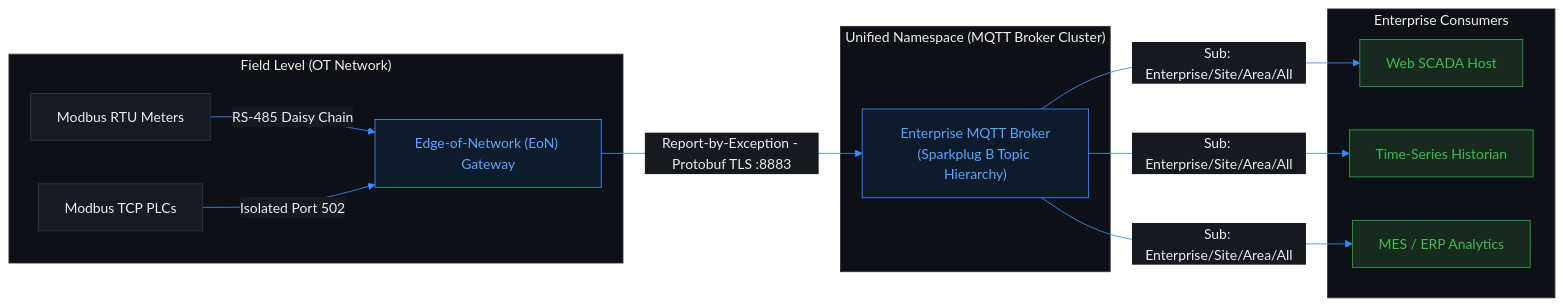
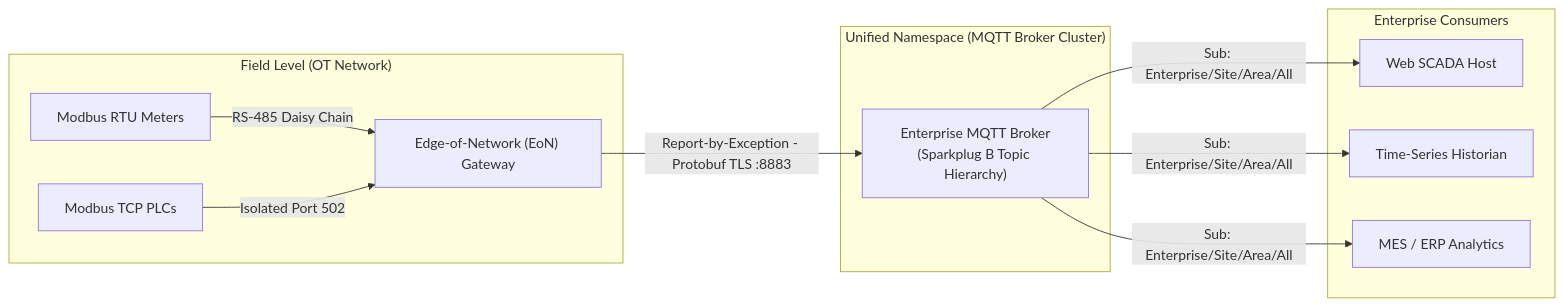
One commit to Novav20/The-Meridian-Grid changed the fourth of 4 diagrams in docs/00-Domain-Mastery/lessons/02-Modbus-TCP-Mechanics.md. Above: the diagram before and after it, drawn with Mermaid. The commit also changed other lines of this file and 15 other files, not shown here.

Commit message:
Clean up Mermaid lesson diagrams

````diff
--- a/docs/00-Domain-Mastery/lessons/02-Modbus-TCP-Mechanics.md
+++ b/docs/00-Domain-Mastery/lessons/02-Modbus-TCP-Mechanics.md
@@ -476,42 +411,23 @@
 ```mermaid
-%%{init: {
-  'theme': 'base',
-  'themeVariables': {
-    'darkMode': true,
-    'primaryColor': '#1E222B',
-    'primaryTextColor': '#E6EDF3',
-    'primaryBorderColor': '#388BFD',
-    'lineColor': '#388BFD',
-    'secondaryColor': '#16191F',
-    'tertiaryColor': '#0D1117',
-    'edgeLabelBackground': '#16191F'
-  },
-  'themeCSS': '.edgeLabel { color: #E6EDF3 !important; } .edgeLabel rect { fill: #16191F !important; } .label { color: #E6EDF3 !important; } .cluster-label span { color: #E6EDF3 !important; }'
-}}%%
 flowchart LR
     subgraph FieldLevel ["Field Level (OT Network)"]
         RTU["Modbus RTU Meters"] -->|RS-485 Daisy Chain| EON["Edge-of-Network (EoN) Gateway"]
         PLC["Modbus TCP PLCs"] -->|Isolated Port 502| EON
     end
 
     subgraph UNS ["Unified Namespace (MQTT Broker Cluster)"]
         BROKER["Enterprise MQTT Broker<br/>(Sparkplug B Topic Hierarchy)"]
     end
 
     subgraph Enterprise ["Enterprise Consumers"]
         SCADA["Web SCADA Host"]
         HIST["Time-Series Historian"]
         MES["MES / ERP Analytics"]
     end
 
     EON -->|Report-by-Exception - Protobuf TLS :8883| BROKER
     BROKER -->|Sub: Enterprise/Site/Area/All| SCADA
     BROKER -->|Sub: Enterprise/Site/Area/All| HIST
     BROKER -->|Sub: Enterprise/Site/Area/All| MES
 
-    classDef default fill:#161b22,stroke:#30363d,color:#e6edf3;
-    classDef highlight fill:#0d1b2a,stroke:#388bfd,color:#58a6ff;
-    classDef success fill:#162b1d,stroke:#2ea043,color:#3fb950;
-    class EON,BROKER highlight;
-    class SCADA,HIST,MES success;
 ```
````
